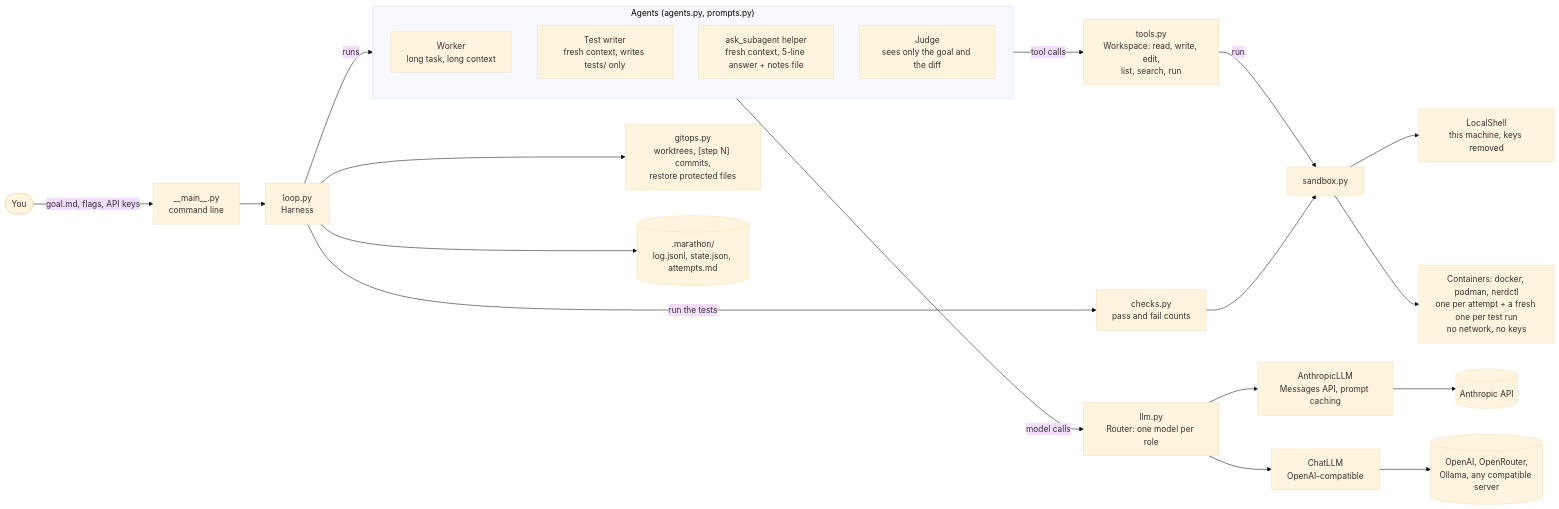
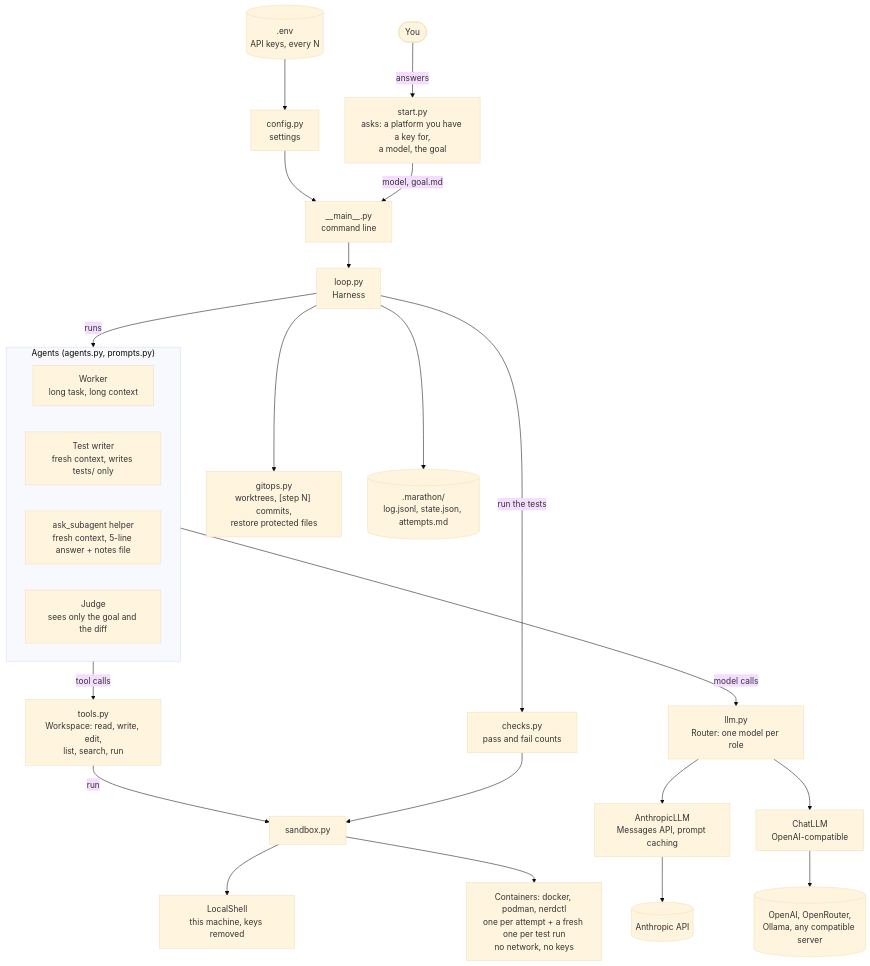
Before and after one commit to ravivats/marathon-agent: the first of 3 diagrams in docs/architecture.md, drawn with Mermaid (base theme). The commit also changed other lines of this file and 10 other files, not shown here.

Commit message:
(RV) (feat) Add easy way to run long running harness

````diff
--- a/docs/architecture.md
+++ b/docs/architecture.md
@@ -11,30 +13,33 @@
 ```mermaid
-flowchart LR
-    you(["You"]) -->|"goal.md, flags, API keys"| cli["__main__.py<br/>command line"]
+flowchart TB
+    you(["You"]) -->|"answers"| startq["start.py<br/>asks: a platform you have a key for,<br/>a model, the goal"]
+    env[(".env<br/>API keys, every N")] --> config["config.py<br/>settings"]
+    config --> cli["__main__.py<br/>command line"]
+    startq -->|"model, goal.md"| cli
     cli --> harness["loop.py<br/>Harness"]
 
+    harness --> git["gitops.py<br/>worktrees, [step N] commits,<br/>restore protected files"]
+    harness --> state[(".marathon/<br/>log.jsonl, state.json, attempts.md")]
+    harness -->|"runs"| roles
+
     subgraph roles["Agents (agents.py, prompts.py)"]
-        direction TB
+        direction LR
         worker["Worker<br/>long task, long context"]
         tw["Test writer<br/>fresh context, writes tests/ only"]
         helper["ask_subagent helper<br/>fresh context, 5-line answer + notes file"]
         judge["Judge<br/>sees only the goal and the diff"]
     end
 
-    harness -->|"runs"| roles
     roles -->|"model calls"| router["llm.py<br/>Router: one model per role"]
     router --> anthropic["AnthropicLLM<br/>Messages API, prompt caching"]
     router --> chat["ChatLLM<br/>OpenAI-compatible"]
     anthropic --> claude[("Anthropic API")]
     chat --> others[("OpenAI, OpenRouter,<br/>Ollama, any compatible server")]
 
     roles -->|"tool calls"| tools["tools.py<br/>Workspace: read, write, edit,<br/>list, search, run"]
+    harness -->|"run the tests"| checks["checks.py<br/>pass and fail counts"]
     tools -->|"run"| sandbox["sandbox.py"]
-    harness -->|"run the tests"| checks["checks.py<br/>pass and fail counts"]
     checks --> sandbox
     sandbox --> local["LocalShell<br/>this machine, keys removed"]
     sandbox --> containers["Containers: docker, podman, nerdctl<br/>one per attempt + a fresh one per test run<br/>no network, no keys"]
-
-    harness --> git["gitops.py<br/>worktrees, [step N] commits,<br/>restore protected files"]
-    harness --> state[(".marathon/<br/>log.jsonl, state.json, attempts.md")]
 ```
````
